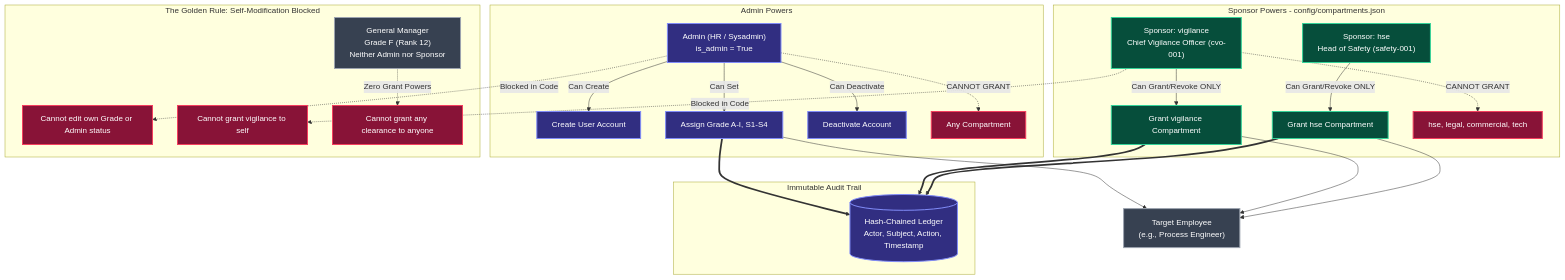
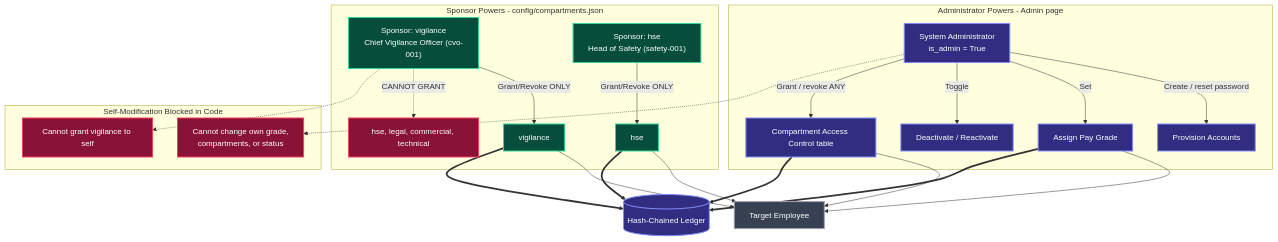
The third of 3 diagrams in README.md (Ujjwalmishraa/SovereignAI-Secure-Privacy-First-AI-Agent-Platform), drawn with Mermaid before and after one commit. The commit also changed other lines of this file and 1 other file, not shown here.

````diff
--- a/README.md
+++ b/README.md
@@ -126,42 +149,40 @@
 ```mermaid
 flowchart TD
     classDef admin fill:#312e81,stroke:#818cf8,stroke-width:2px,color:#ffffff;
     classDef sponsor fill:#064e3b,stroke:#34d399,stroke-width:2px,color:#ffffff;
     classDef employee fill:#374151,stroke:#9ca3af,stroke-width:2px,color:#ffffff;
     classDef blocked fill:#881337,stroke:#f43f5e,stroke-width:2px,color:#ffffff;
 
-    AdminUser["Admin (HR / Sysadmin)\nis_admin = True"]:::admin
+    AdminUser["System Administrator\nis_admin = True"]:::admin
     CVO["Sponsor: vigilance\nChief Vigilance Officer (cvo-001)"]:::sponsor
     HeadSafety["Sponsor: hse\nHead of Safety (safety-001)"]:::sponsor
-    GMUser["General Manager\nGrade F (Rank 12)\nNeither Admin nor Sponsor"]:::employee
-    TargetEmployee["Target Employee\n(e.g., Process Engineer)"]:::employee
+    TargetEmployee["Target Employee"]:::employee
 
-    subgraph AdminPowers [Admin Powers]
-        AdminUser -->|Can Create| NewAccount[Create User Account]:::admin
-        AdminUser -->|Can Set| SetGrade[Assign Grade A-I, S1-S4]:::admin
-        AdminUser -->|Can Deactivate| Deactivate[Deactivate Account]:::admin
-        AdminUser -.->|CANNOT GRANT| BlockedComp[Any Compartment]:::blocked
+    subgraph AdminPowers [Administrator Powers - Admin page]
+        AdminUser -->|Create / reset password| NewAccount[Provision Accounts]:::admin
+        AdminUser -->|Set| SetGrade[Assign Pay Grade]:::admin
+        AdminUser -->|Toggle| Deactivate[Deactivate / Reactivate]:::admin
+        AdminUser -->|Grant / revoke ANY| AdminComp[Compartment Access Control table]:::admin
     end
 
     subgraph SponsorPowers [Sponsor Powers - config/compartments.json]
-        CVO -->|Can Grant/Revoke ONLY| GrantVig[Grant vigilance Compartment]:::sponsor
-        HeadSafety -->|Can Grant/Revoke ONLY| GrantHSE[Grant hse Compartment]:::sponsor
-        CVO -.->|CANNOT GRANT| BlockedHSE[hse, legal, commercial, tech]:::blocked
+        CVO -->|Grant/Revoke ONLY| GrantVig[vigilance]:::sponsor
+        HeadSafety -->|Grant/Revoke ONLY| GrantHSE[hse]:::sponsor
+        CVO -.->|CANNOT GRANT| BlockedHSE[hse, legal, commercial, technical]:::blocked
     end
 
-    subgraph SelfGrantRule [The Golden Rule: Self-Modification Blocked]
-        AdminUser -.->|Blocked in Code| AdminSelf[Cannot edit own Grade or Admin status]:::blocked
-        CVO -.->|Blocked in Code| CVOSelf[Cannot grant vigilance to self]:::blocked
-        GMUser -.->|Zero Grant Powers| NoGrant[Cannot grant any clearance to anyone]:::blocked
+    subgraph SelfRule [Self-Modification Blocked in Code]
+        AdminUser -.-> AdminSelf[Cannot change own grade,\ncompartments, or status]:::blocked
+        CVO -.-> CVOSelf[Cannot grant vigilance to self]:::blocked
     end
 
     SetGrade --> TargetEmployee
+    AdminComp --> TargetEmployee
     GrantVig --> TargetEmployee
     GrantHSE --> TargetEmployee
 
-    subgraph AuditTrail [Immutable Audit Trail]
-        SetGrade ==> Ledger[(Hash-Chained Ledger\nActor, Subject, Action, Timestamp)]:::admin
-        GrantVig ==> Ledger
-        GrantHSE ==> Ledger
-    end
+    SetGrade ==> Ledger[(Hash-Chained Ledger)]:::admin
+    AdminComp ==> Ledger
+    GrantVig ==> Ledger
+    GrantHSE ==> Ledger
 ```
````
